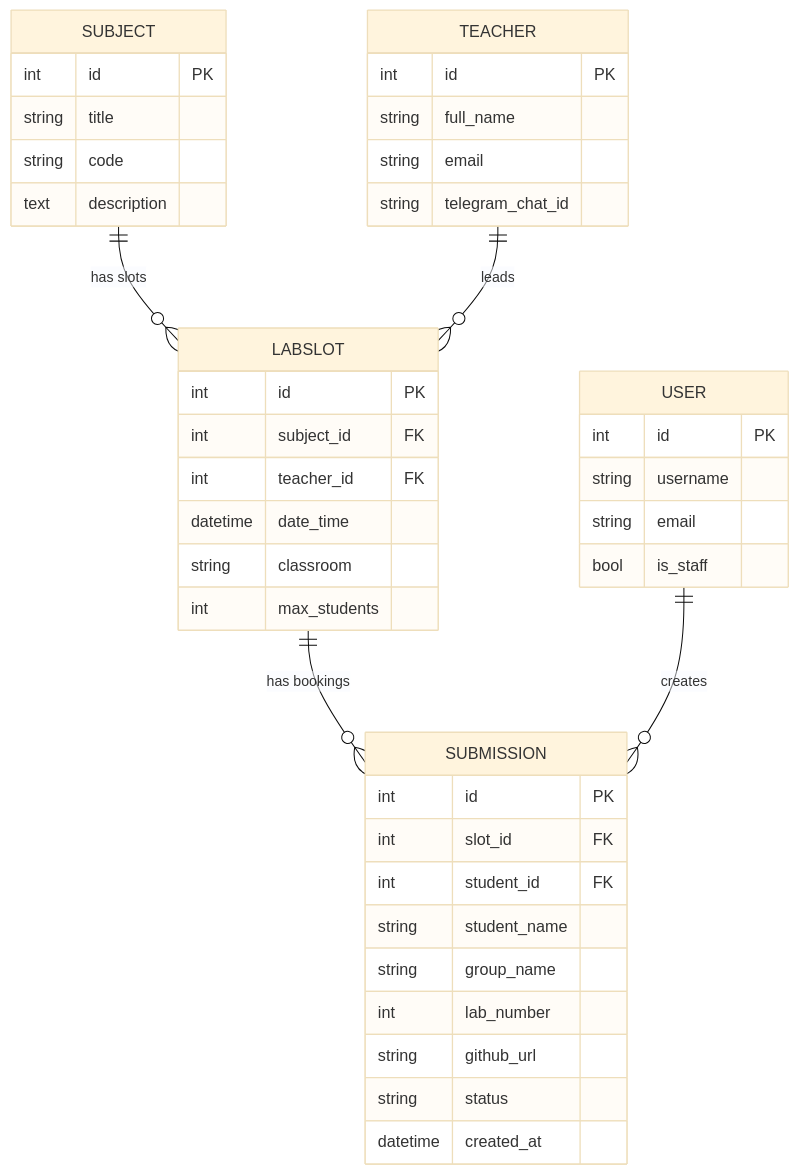
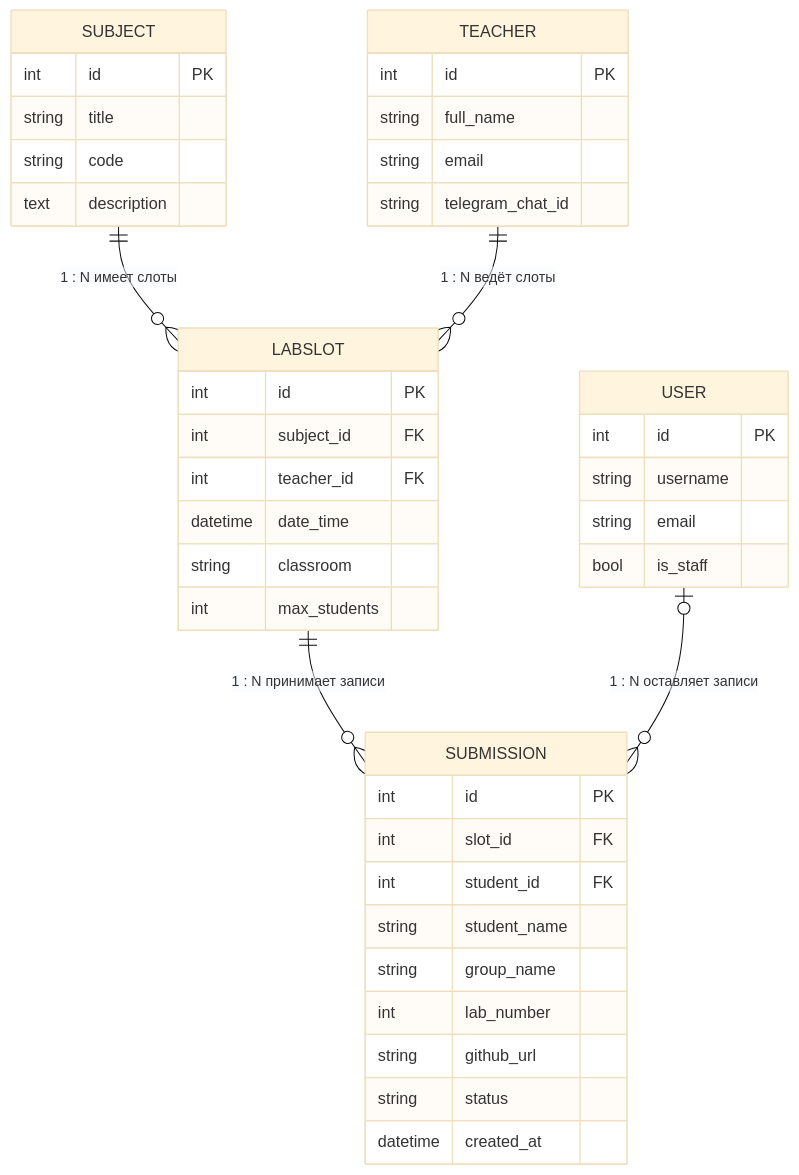
One commit to alinabekbala/LabQueue changed the diagram in README.md. Above: the diagram before and after it, drawn with Mermaid (base theme). The commit also changed other lines of this file and 2 other files, not shown here.

Commit message:
Fix ER diagram: separate entities, 1:N labels; add PNG

````diff
--- a/README.md
+++ b/README.md
@@ -70,12 +74,45 @@
 ```mermaid
 erDiagram
-    SUBJECT ||--o{ LABSLOT : "has slots"
-    TEACHER ||--o{ LABSLOT : "leads"
-    LABSLOT ||--o{ SUBMISSION : "has bookings"
-    USER ||--o{ SUBMISSION : "creates"
-    SUBJECT { int id PK  string title  string code  text description }
-    TEACHER { int id PK  string full_name  string email  string telegram_chat_id }
-    LABSLOT { int id PK  int subject_id FK  int teacher_id FK  datetime date_time  string classroom  int max_students }
-    SUBMISSION { int id PK  int slot_id FK  int student_id FK  string student_name  string group_name  int lab_number  string github_url  string status  datetime created_at }
-    USER { int id PK  string username  string email  bool is_staff }
+    SUBJECT ||--o{ LABSLOT : "1 : N  имеет слоты"
+    TEACHER ||--o{ LABSLOT : "1 : N  ведёт слоты"
+    LABSLOT ||--o{ SUBMISSION : "1 : N  принимает записи"
+    USER |o--o{ SUBMISSION : "1 : N  оставляет записи"
+
+    SUBJECT {
+        int id PK
+        string title
+        string code
+        text description
+    }
+    TEACHER {
+        int id PK
+        string full_name
+        string email
+        string telegram_chat_id
+    }
+    LABSLOT {
+        int id PK
+        int subject_id FK
+        int teacher_id FK
+        datetime date_time
+        string classroom
+        int max_students
+    }
+    SUBMISSION {
+        int id PK
+        int slot_id FK
+        int student_id FK
+        string student_name
+        string group_name
+        int lab_number
+        string github_url
+        string status
+        datetime created_at
+    }
+    USER {
+        int id PK
+        string username
+        string email
+        bool is_staff
+    }
 ```
````
